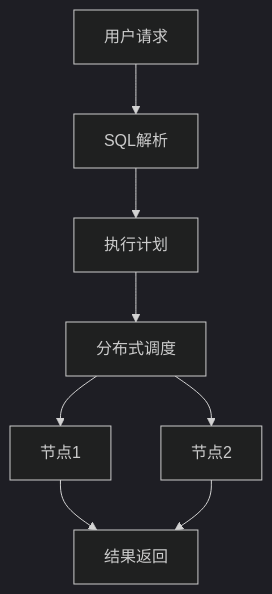
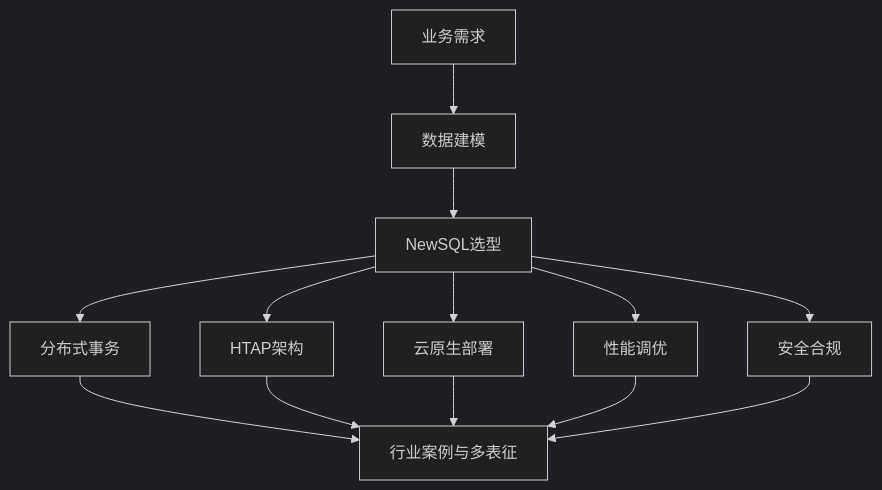
One commit to AdaMartin18010/Data-Science changed the diagram in Analysis/1-数据库系统/1.4-NewSQL/README.md. Above: the diagram before and after it, drawn with Mermaid (dark theme). The commit also changed other lines of this file and 20 other files, not shown here.

````diff
--- a/Analysis/1-数据库系统/1.4-NewSQL/README.md
+++ b/Analysis/1-数据库系统/1.4-NewSQL/README.md
@@ -25,10 +25,11 @@
 ```mermaid
 flowchart TD
-  U[用户请求] --> Q[SQL解析]
-  Q --> E[执行计划]
-  E --> D[分布式调度]
-  D --> N1[节点1]
-  D --> N2[节点2]
-  N1 --> R[结果返回]
-  N2 --> R
+  A[业务需求] --> B[数据建模]
+  B --> C[NewSQL选型]
+  C --> D1[分布式事务]
+  C --> D2[HTAP架构]
+  C --> D3[云原生部署]
+  C --> D4[性能调优]
+  C --> D5[安全合规]
+  D1 & D2 & D3 & D4 & D5 --> E[行业案例与多表征]
 ```
````
